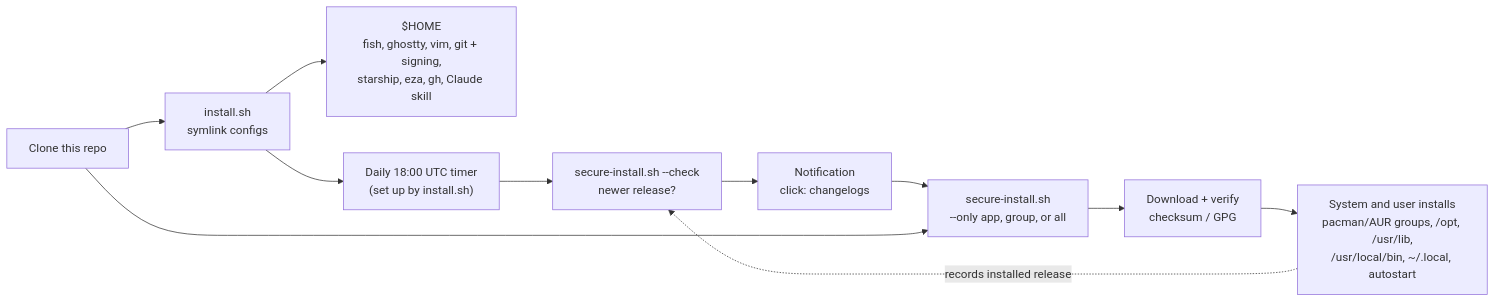
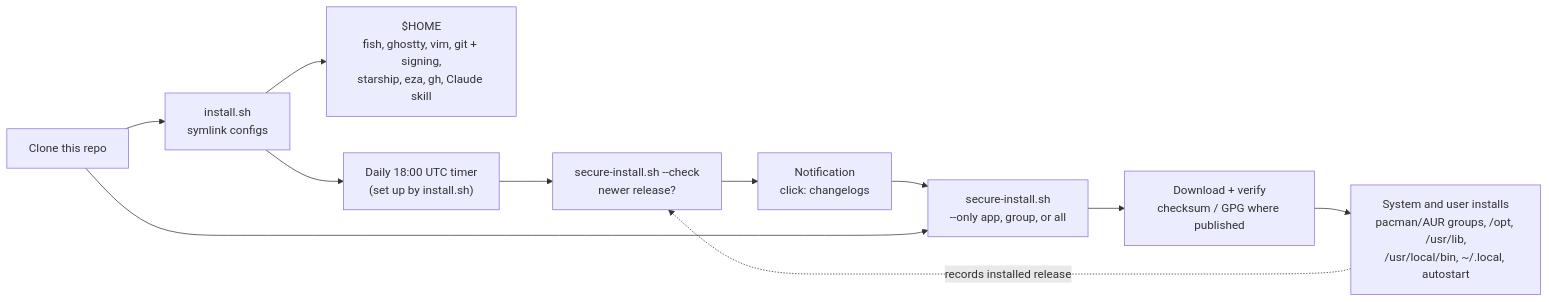
Before and after one commit to yelenkovsky/dotfiles: the diagram in README.md, drawn with Mermaid. The commit also changed other lines of this file, not shown here.

First line of the commit message:
README: say which vendors publish no checksum, drop the removed plasma-themes.

````diff
--- a/README.md
+++ b/README.md
@@ -5,17 +5,17 @@
 ```mermaid
 flowchart LR
   clone["Clone this repo"]
   link["install.sh<br/>symlink configs"]
   home["$HOME<br/>fish, ghostty, vim, git + signing,<br/>starship, eza, gh, Claude skill"]
   timer["Daily 18:00 UTC timer<br/>(set up by install.sh)"]
   check["secure-install.sh --check<br/>newer release?"]
   notify["Notification<br/>click: changelogs"]
   secure["secure-install.sh<br/>--only app, group, or all"]
-  verify["Download + verify<br/>checksum / GPG"]
+  verify["Download + verify<br/>checksum / GPG where published"]
   system["System and user installs<br/>pacman/AUR groups, /opt, /usr/lib,<br/>/usr/local/bin, ~/.local, autostart"]
 
   clone --> link --> home
   link --> timer --> check --> notify --> secure
   clone --> secure --> verify --> system
   system -. records installed release .-> check
 ```
````
